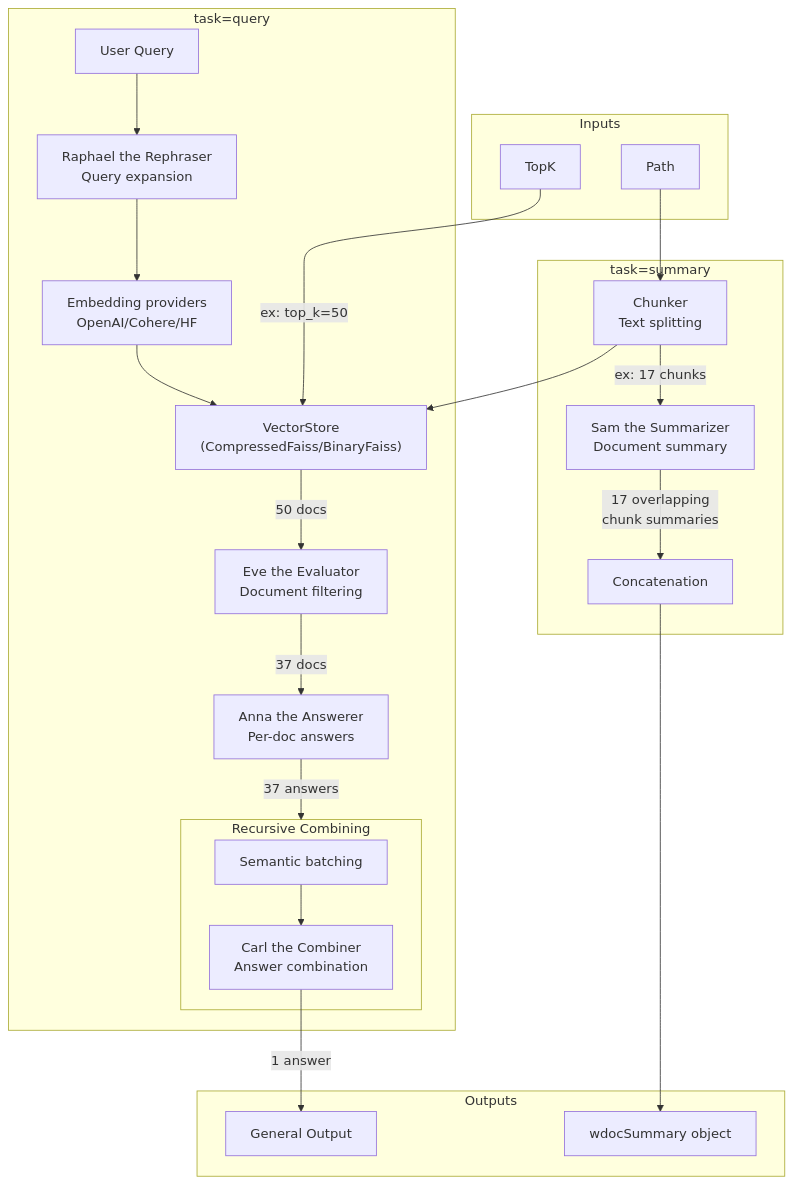
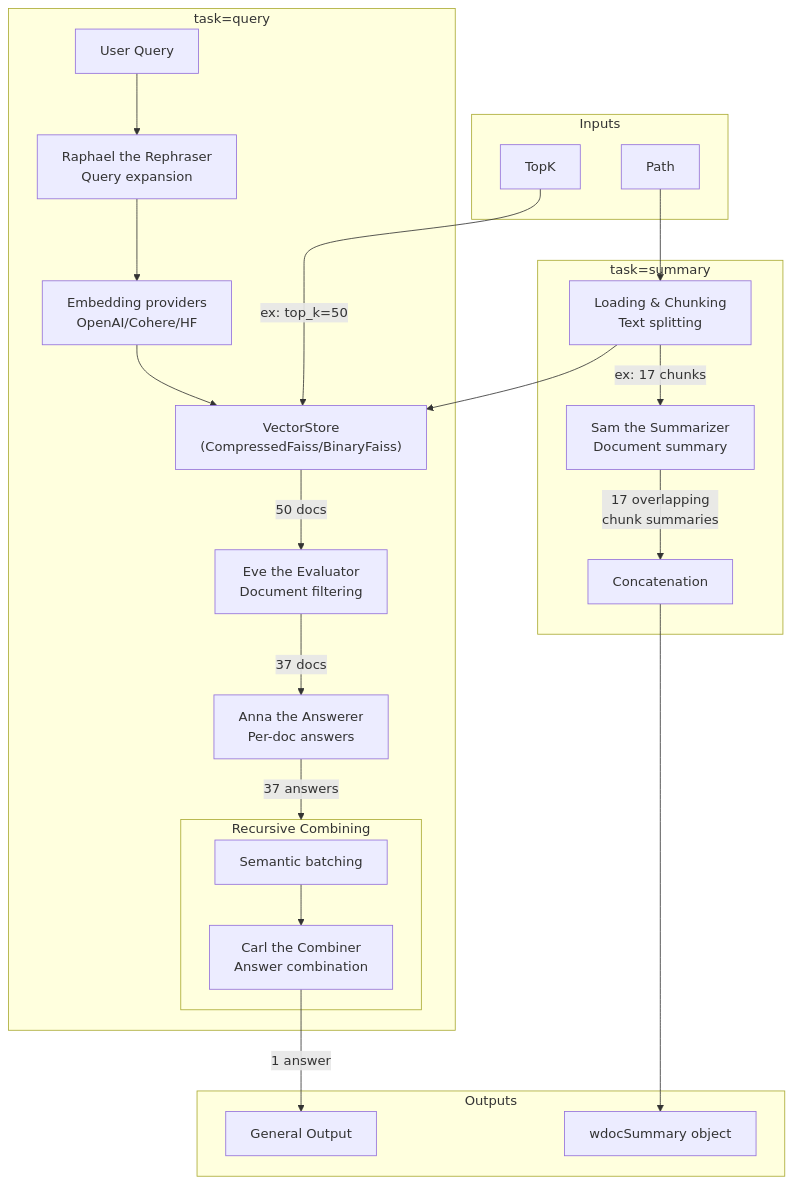
One commit to thiswillbeyourgithub/wdoc changed the diagram in images/diagram.mmd. Above: the diagram before and after it, drawn with Mermaid.

Commit message:
docs: update diagram label to clarify loading and chunking process

```diff
--- a/images/diagram.mmd
+++ b/images/diagram.mmd
@@ -1,47 +1,47 @@
 flowchart TD
     subgraph Inputs["Inputs"]
         Path["Path"]
         TopK["TopK"]
     end
 
     Embeddings["Embedding providers<br/>OpenAI/Cohere/HF"]
     VectorStore["VectorStore<br/>(CompressedFaiss/BinaryFaiss)"]
-    Chunker["Chunker<br/>Text splitting"]
+    Chunker["Loading & Chunking<br/>Text splitting"]
 
     Path --> Chunker
     Chunker --> VectorStore
     Embeddings --> VectorStore
 
     subgraph Outputs["Outputs"]
         QueryOutput["General Output"]
         SummaryOutput["wdocSummary object"]
     end
 
     subgraph QueryTask["task=query"]
         UserQuery["User Query"]
         Raphael["Raphael the Rephraser<br/>Query expansion"]
         Eve["Eve the Evaluator<br/>Document filtering"]
         Anna["Anna the Answerer<br/>Per-doc answers"]
         
         subgraph RecursiveCombining["Recursive Combining"]
             SemanticBatching["Semantic batching"]
             Carl["Carl the Combiner<br/>Answer combination"]
             SemanticBatching --> Carl
         end
         
         UserQuery --> Raphael
         Raphael --> Embeddings
         TopK -->|ex: top_k=50| VectorStore
         VectorStore -->|50 docs| Eve
         Eve -->|37 docs| Anna
         Anna -->|37 answers| RecursiveCombining
         Carl -->|1 answer| QueryOutput
     end
 
     subgraph SummaryTask["task=summary"]
         Sam["Sam the Summarizer<br/>Document summary"]
         Concatenation["Concatenation"]
         Chunker -->|ex: 17 chunks| Sam
         Sam -->|17 overlapping<br/>chunk summaries| Concatenation
         Concatenation --> SummaryOutput
     end
```
